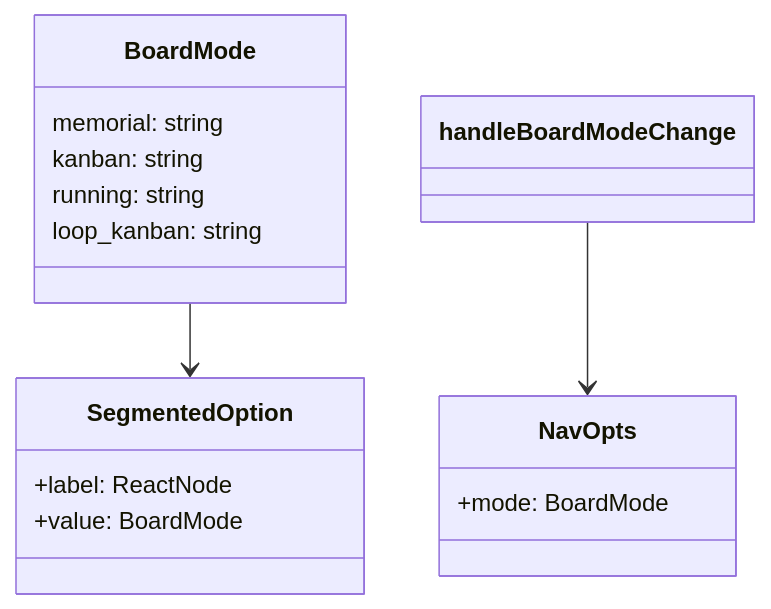
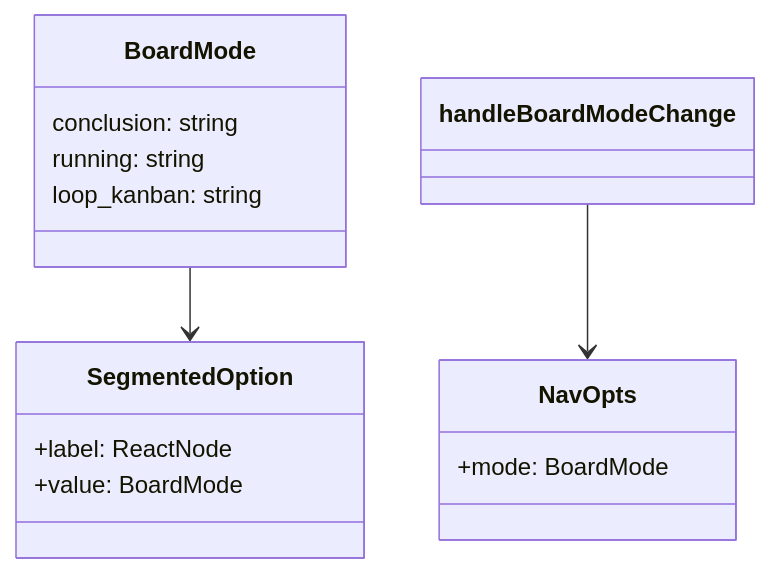
The third of 4 diagrams in frontend/src/help/pages/board-mode-switch.md (weibaohui/ntd), drawn with Mermaid before and after one commit. The commit also changed other lines of this file and 24 other files, not shown here.

First line of the commit message:
refactor(097): 看板视图归位事项菜单 + 独立看板改名运行中心

````diff
--- a/frontend/src/help/pages/board-mode-switch.md
+++ b/frontend/src/help/pages/board-mode-switch.md
@@ -42,18 +40,17 @@
 ```mermaid
 classDiagram
   class BoardMode {
-    memorial: string
-    kanban: string
+    conclusion: string
     running: string
     loop_kanban: string
   }
   class SegmentedOption {
     +label: ReactNode
     +value: BoardMode
   }
   class NavOpts {
     +mode: BoardMode
   }
   BoardMode --> SegmentedOption
   handleBoardModeChange --> NavOpts
 ```
````
